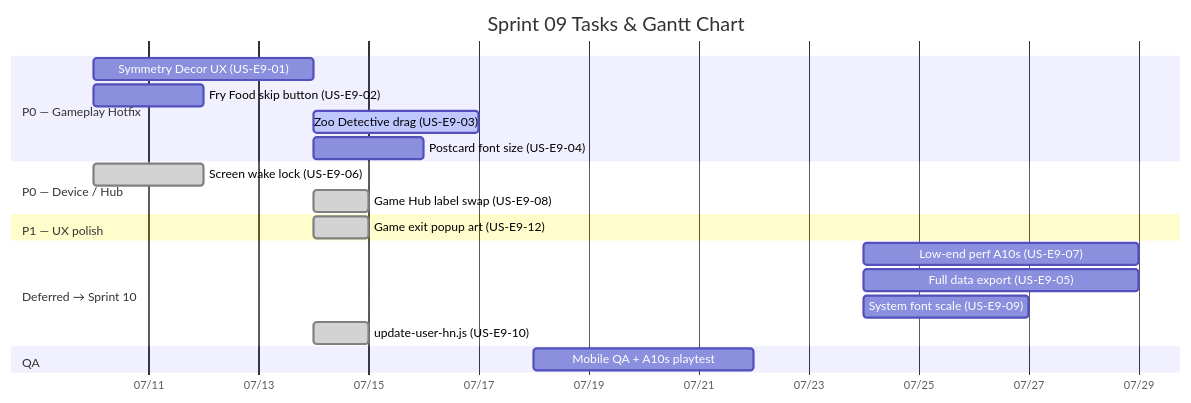
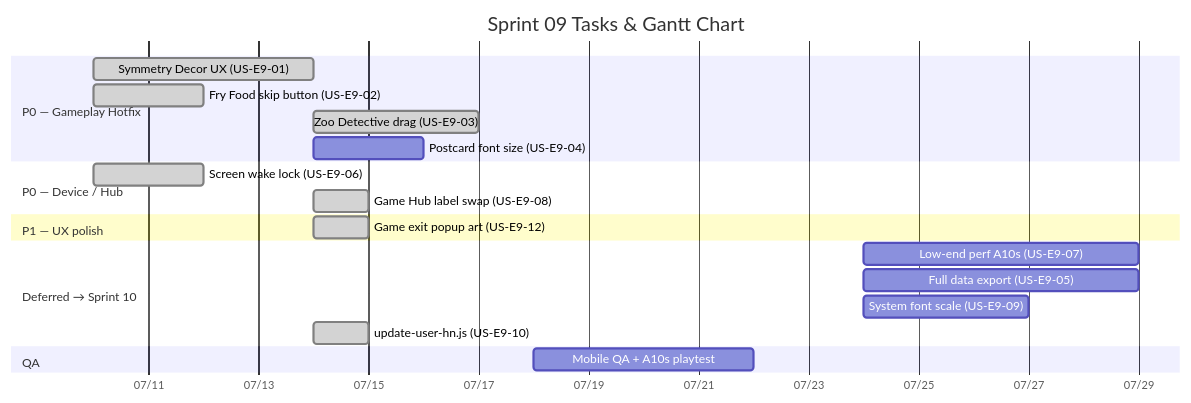
The diagram in docs/agile/sprint-backlogs/sprint-09.md (ChayutChanmueang/mci-cognitive-game-hub-dev-deploy), drawn with Mermaid before and after one commit. The commit also changed other lines of this file and 9 other files, not shown here.

````diff
--- a/docs/agile/sprint-backlogs/sprint-09.md
+++ b/docs/agile/sprint-backlogs/sprint-09.md
@@ -11,23 +11,23 @@
 ```mermaid
 gantt
     title Sprint 09 Tasks & Gantt Chart
     dateFormat  YYYY-MM-DD
     axisFormat  %m/%d
     section P0 — Gameplay Hotfix
-    Symmetry Decor UX (US-E9-01)     :t1, 2026-07-10, 4d
-    Fry Food skip button (US-E9-02)  :t2, 2026-07-10, 2d
-    Zoo Detective drag (US-E9-03)    :active, t3, 2026-07-14, 3d
+    Symmetry Decor UX (US-E9-01)     :done, t1, 2026-07-10, 4d
+    Fry Food skip button (US-E9-02)  :done, t2, 2026-07-10, 2d
+    Zoo Detective drag (US-E9-03)    :done, t3, 2026-07-14, 3d
     Postcard font size (US-E9-04)    :t4, 2026-07-14, 2d
     section P0 — Device / Hub
     Screen wake lock (US-E9-06)      :done, t6, 2026-07-10, 2d
     Game Hub label swap (US-E9-08)   :done, t8, 2026-07-14, 1d
     section P1 — UX polish
     Game exit popup art (US-E9-12)   :done, t12, 2026-07-14, 1d
     section Deferred → Sprint 10
     Low-end perf A10s (US-E9-07)     :t7, 2026-07-24, 5d
     Full data export (US-E9-05)      :t5, 2026-07-24, 5d
     System font scale (US-E9-09)     :t9, 2026-07-24, 3d
     update-user-hn.js (US-E9-10)     :done, t11, 2026-07-14, 1d
     section QA
     Mobile QA + A10s playtest      :q1, 2026-07-18, 4d
 ```
````
